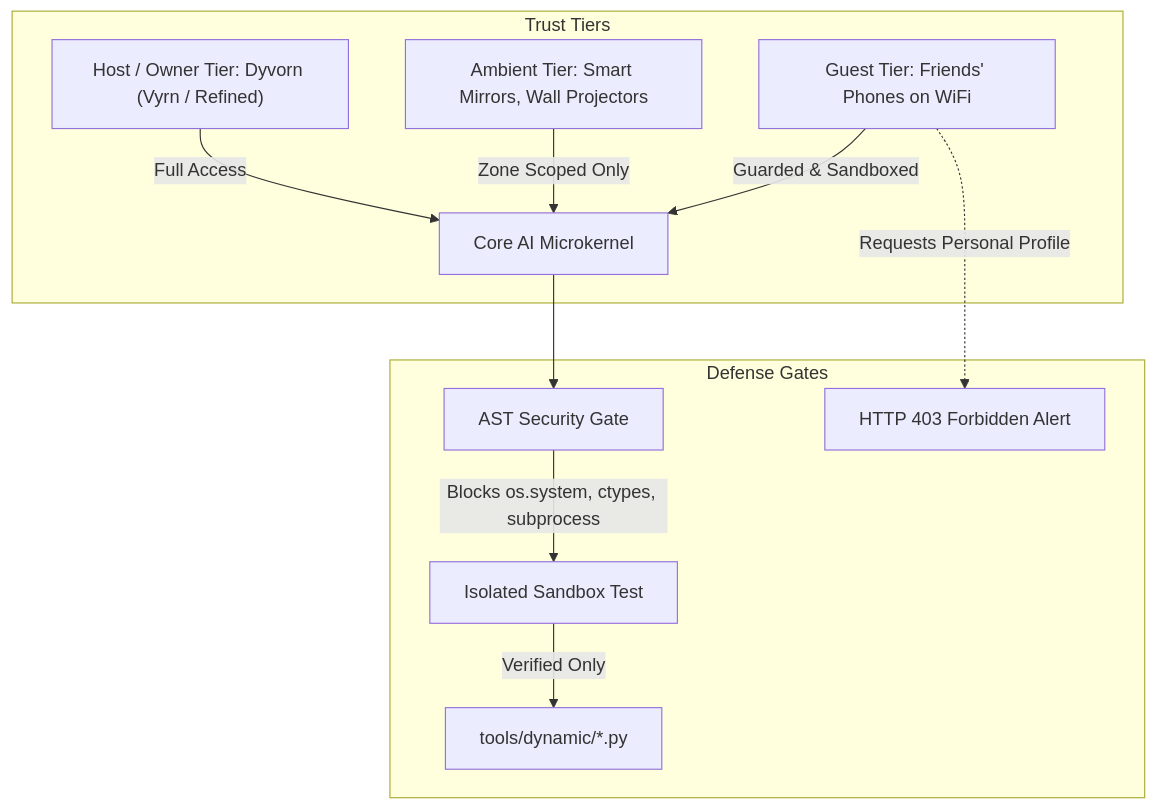
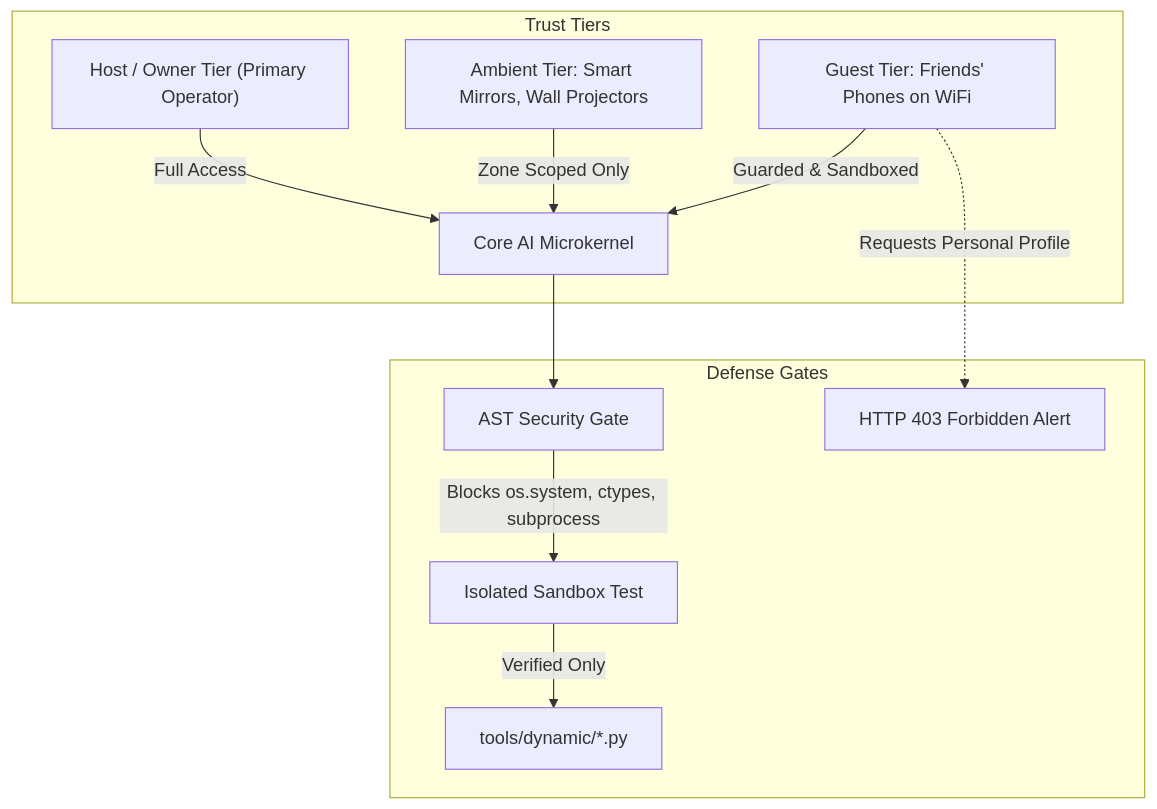
One commit to Dyvorn/Core-AI changed the diagram in SECURITY.md. Above: the diagram before and after it, drawn with Mermaid. The commit also changed 11 other files, not shown here.

````diff
--- a/SECURITY.md
+++ b/SECURITY.md
@@ -11,17 +11,18 @@
 ```mermaid
 flowchart TD
     subgraph Trust Tiers
-        Owner["Host / Owner Tier: Dyvorn (Vyrn / Refined)"] -->|Full Access| Core[Core AI Microkernel]
+        Owner["Host / Owner Tier (Primary Operator)"] -->|Full Access| Core[Core AI Microkernel]
         Ambient[Ambient Tier: Smart Mirrors, Wall Projectors] -->|Zone Scoped Only| Core
         Guest[Guest Tier: Friends' Phones on WiFi] -->|Guarded & Sandboxed| Core
     end
+
 
 
     subgraph Defense Gates
         Core --> AST[AST Security Gate]
         AST -->|Blocks os.system, ctypes, subprocess| Sandbox[Isolated Sandbox Test]
         Sandbox -->|Verified Only| Disk[tools/dynamic/*.py]
         
         Guest -.->|Requests Personal Profile| Deny[HTTP 403 Forbidden Alert]
     end
 ```
````
